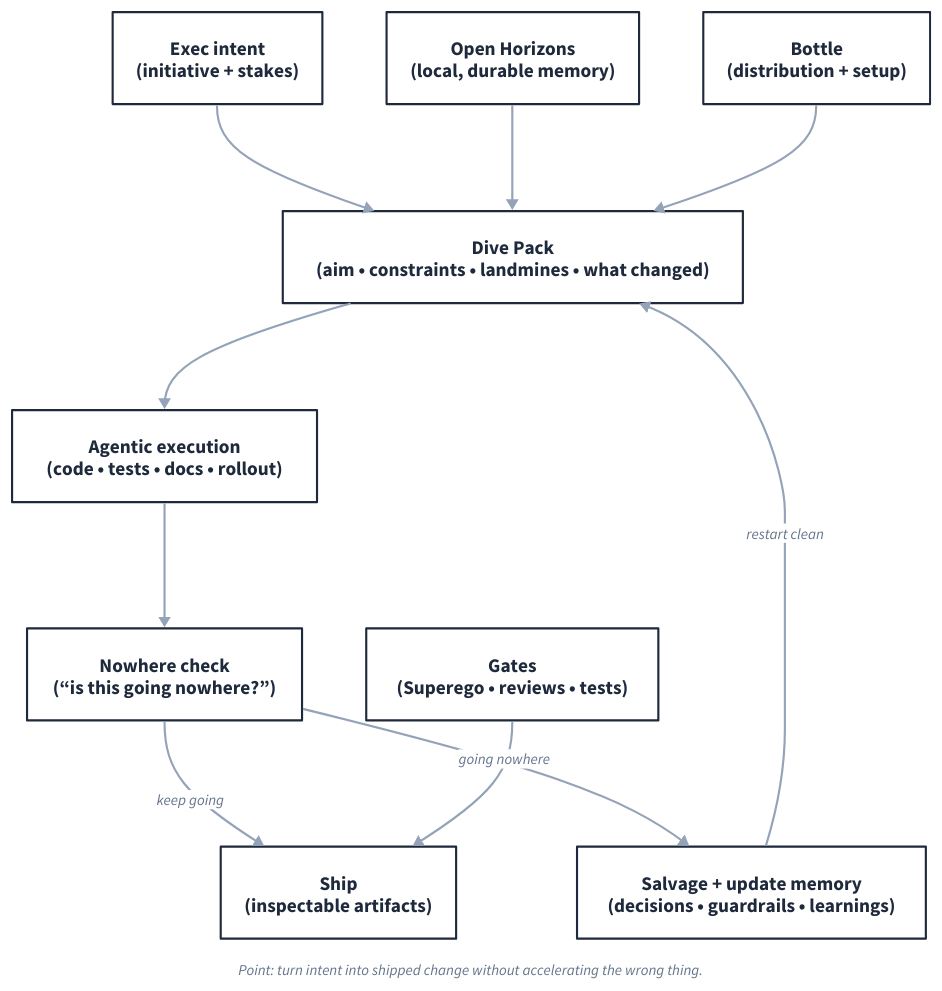
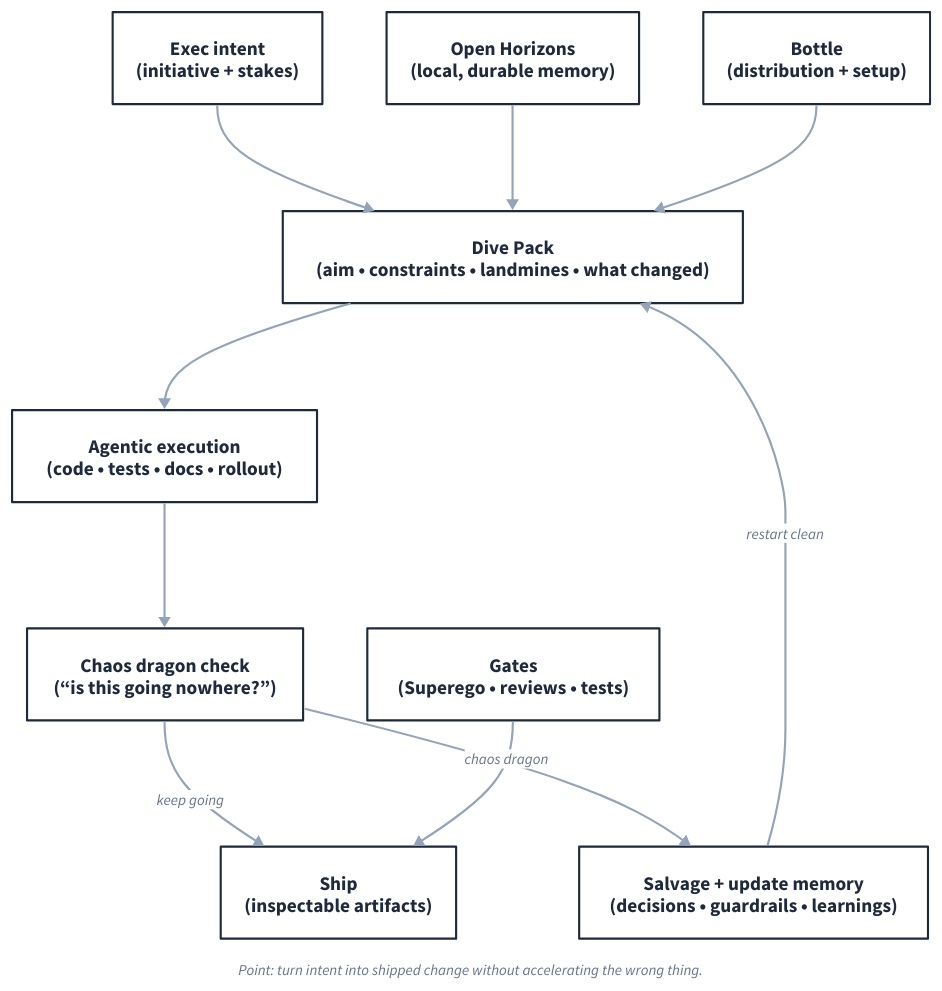
Before and after one commit to muness/muness.github.io: the diagram in viz/grounded-execution-system.d2, drawn with D2. The commit also changed 6 other files, not shown here.

Commit message:
Use 'chaos dragon' instead of 'nowhere check'

```diff
--- a/viz/grounded-execution-system.d2
+++ b/viz/grounded-execution-system.d2
@@ -1,111 +1,111 @@
 direction: down
 
 vars: {
   center-color: "#64748B" # Slate gray
   accent-color: "#94A3B8" # Muted blue-gray
   text-color: "#1E293B" # Dark slate
   subtitle-color: "#64748B" # Medium slate
 }
 
 classes: {
   box: {
     style: {
       stroke: ${text-color}
       stroke-width: 2
       fill: "#FFFFFF"
       font-color: ${text-color}
       font-size: 18
       bold: true
     }
   }
   edge: {
     style: {
       stroke: ${accent-color}
       stroke-width: 2
       font-color: ${subtitle-color}
       font-size: 14
     }
   }
   note: {
     shape: text
     style: {
       font-color: ${subtitle-color}
       font-size: 14
       italic: true
     }
   }
 }
 
 exec: {
   class: box
   label: "Exec intent\n(initiative + stakes)"
 }
 
 dive: {
   class: box
   label: "Dive Pack\n(aim • constraints • landmines • what changed)"
 }
 
 run: {
   class: box
   label: "Agentic execution\n(code • tests • docs • rollout)"
 }
 
 drift: {
   class: box
-  label: "Nowhere check\n(“is this going nowhere?”)"
+  label: "Chaos dragon check\n(“is this going nowhere?”)"
 }
 
 ship: {
   class: box
   label: "Ship\n(inspectable artifacts)"
 }
 
 salvage: {
   class: box
   label: "Salvage + update memory\n(decisions • guardrails • learnings)"
 }
 
 exec -> dive: {class: edge}
 dive -> run: {class: edge}
 run -> drift: {class: edge}
 
 drift -> ship: {
   class: edge
   label: "keep going"
 }
 
 drift -> salvage: {
   class: edge
-  label: "going nowhere"
+  label: "chaos dragon"
 }
 
 salvage -> dive: {
   class: edge
   label: "restart clean"
 }
 
 oh: {
   class: box
   label: "Open Horizons\n(local, durable memory)"
 }
 
 gates: {
   class: box
   label: "Gates\n(Superego • reviews • tests)"
 }
 
 bottle: {
   class: box
   label: "Bottle\n(distribution + setup)"
 }
 
 oh -> dive: {class: edge}
 gates -> ship: {class: edge}
 bottle -> dive: {class: edge}
 
 caption: {
   class: note
   label: "Point: turn intent into shipped change without accelerating the wrong thing."
   near: bottom-center
 }
```
